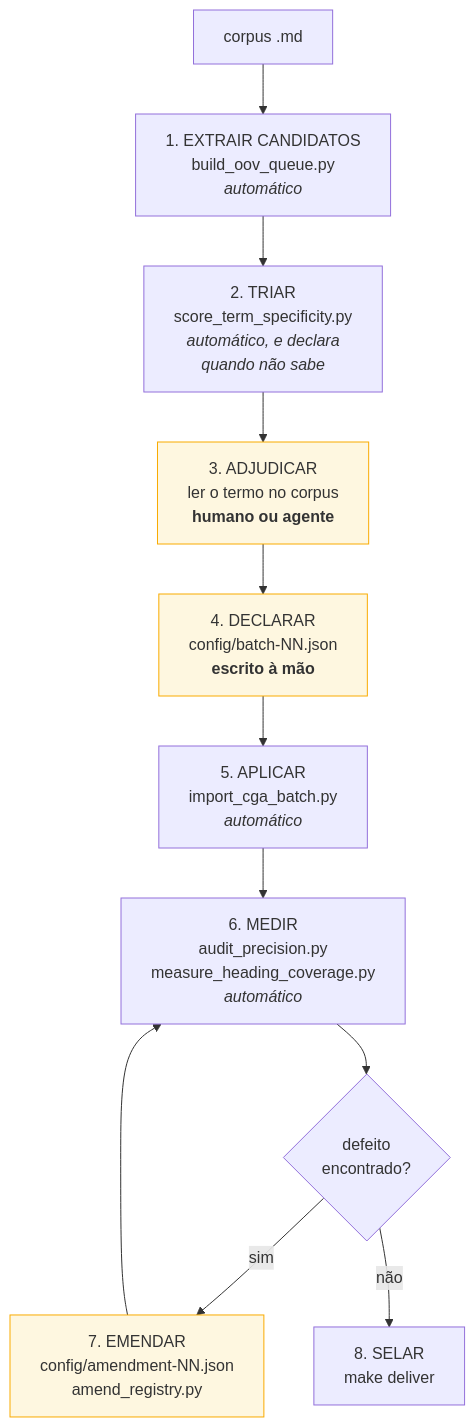
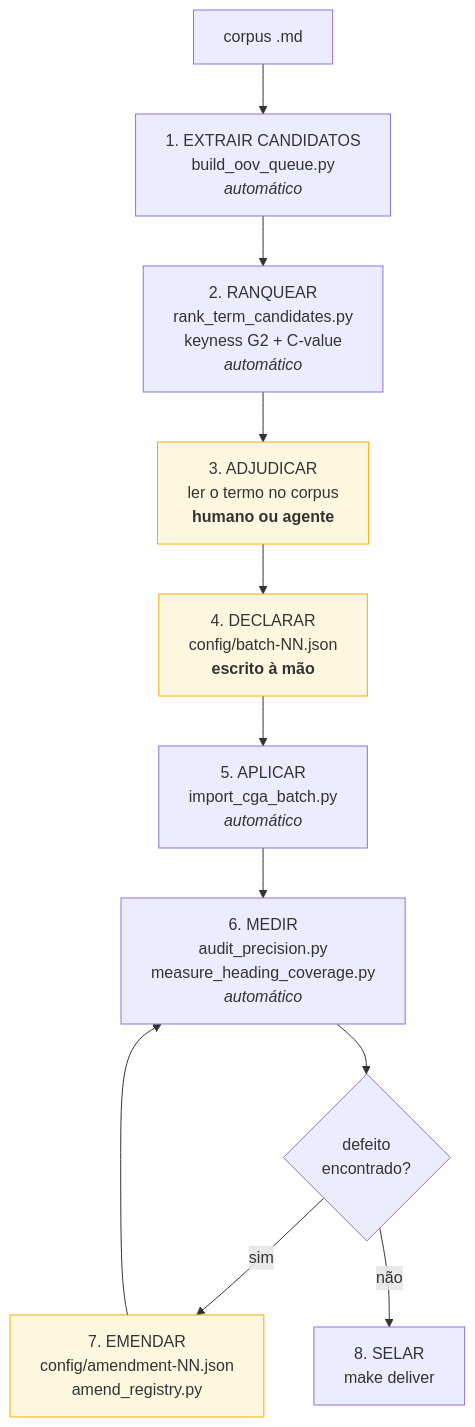
The diagram in BUILDING.md (gutocarollo/semantic-normalizer), drawn with Mermaid before and after one commit. The commit also changed other lines of this file and 1 other file, not shown here.

````diff
--- a/BUILDING.md
+++ b/BUILDING.md
@@ -72,17 +86,17 @@
 ```mermaid
 flowchart TD
     C["corpus .md"] --> Q["1. EXTRAIR CANDIDATOS<br/>build_oov_queue.py<br/><i>automático</i>"]
-    Q --> T["2. TRIAR<br/>score_term_specificity.py<br/><i>automático, e declara<br/>quando não sabe</i>"]
+    Q --> T["2. RANQUEAR<br/>rank_term_candidates.py<br/>keyness G2 + C-value<br/><i>automático</i>"]
     T --> A["3. ADJUDICAR<br/>ler o termo no corpus<br/><b>humano ou agente</b>"]
     A --> B["4. DECLARAR<br/>config/batch-NN.json<br/><b>escrito à mão</b>"]
     B --> I["5. APLICAR<br/>import_cga_batch.py<br/><i>automático</i>"]
     I --> M["6. MEDIR<br/>audit_precision.py<br/>measure_heading_coverage.py<br/><i>automático</i>"]
     M --> D{"defeito<br/>encontrado?"}
     D -->|sim| E["7. EMENDAR<br/>config/amendment-NN.json<br/>amend_registry.py"]
     E --> M
     D -->|não| G["8. SELAR<br/>make deliver"]
 
     style A fill:#fef7e0,stroke:#f9ab00
     style B fill:#fef7e0,stroke:#f9ab00
     style E fill:#fef7e0,stroke:#f9ab00
 ```
````
